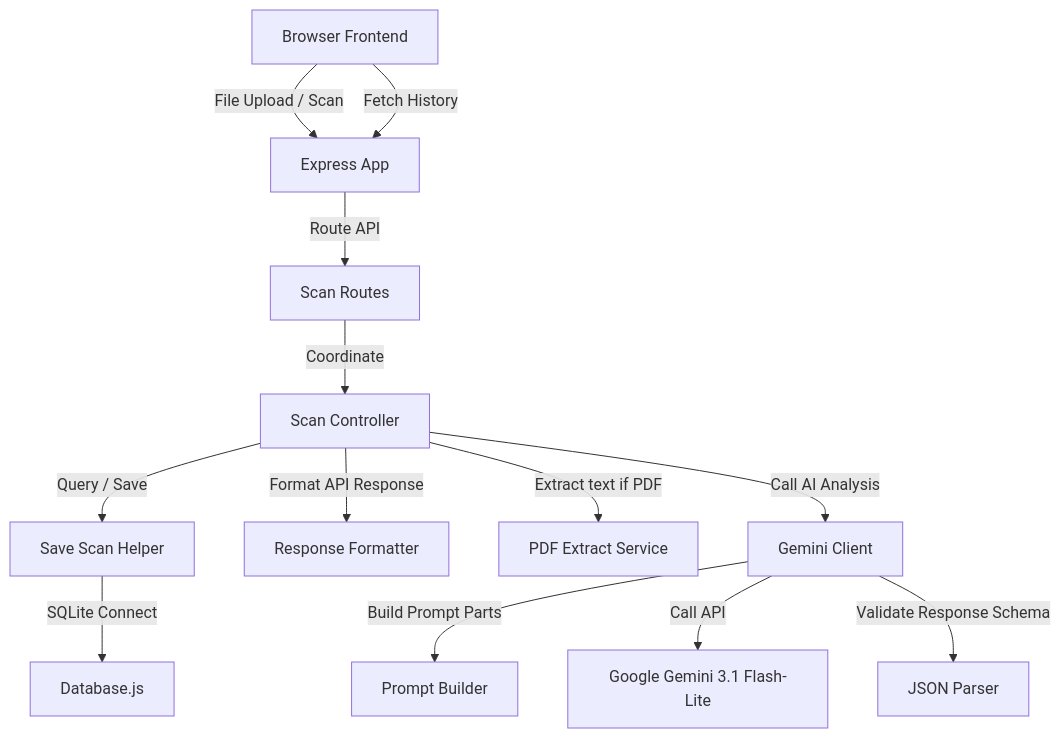
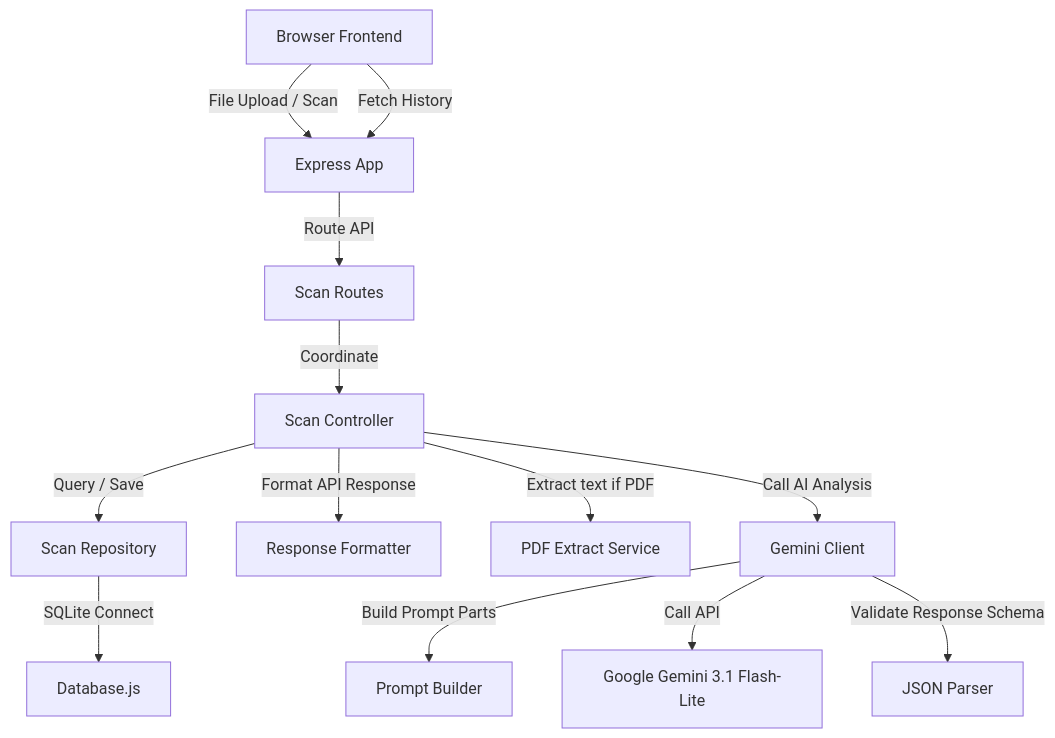
The diagram in README.md (md-abidhussain/LoanLensAI), drawn with Mermaid before and after one commit. The commit also changed other lines of this file and 27 other files, not shown here.

````diff
--- a/README.md
+++ b/README.md
@@ -28,15 +60,15 @@
 ```mermaid
 graph TD
     Client[Browser Frontend] -->|File Upload / Scan| App[Express App]
     Client -->|Fetch History| App
     App -->|Route API| Routes[Scan Routes]
     Routes -->|Coordinate| Controller[Scan Controller]
-    Controller -->|Query / Save| SaveScan[Save Scan Helper]
-    SaveScan -->|SQLite Connect| DB[Database.js]
+    Controller -->|Query / Save| Repository[Scan Repository]
+    Repository -->|SQLite Connect| DB[Database.js]
     Controller -->|Format API Response| ResFormatter[Response Formatter]
     Controller -->|Extract text if PDF| PDFParse[PDF Extract Service]
     Controller -->|Call AI Analysis| GeminiClient[Gemini Client]
     GeminiClient -->|Build Prompt Parts| PromptBuilder[Prompt Builder]
     GeminiClient -->|Call API| GeminiAPI[Google Gemini 3.1 Flash-Lite]
     GeminiClient -->|Validate Response Schema| JSONParser[JSON Parser]
 ```
````
